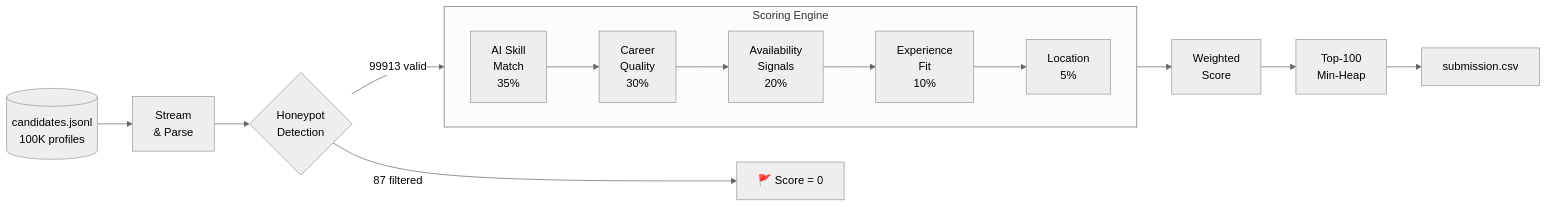
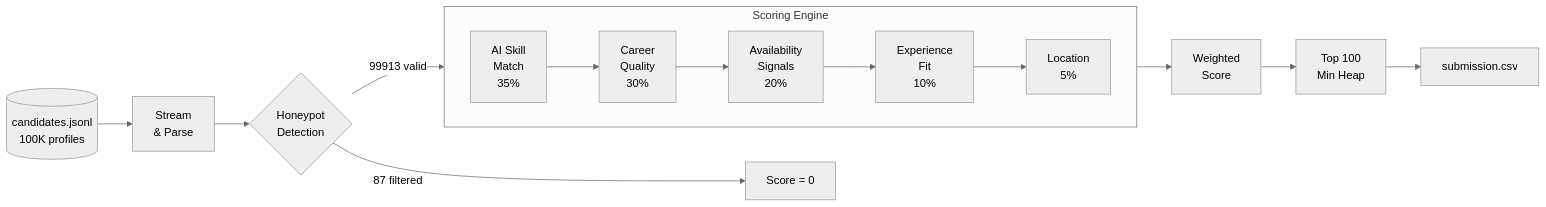
One commit to black1plague2/talentos-submission changed the first of 3 diagrams in README.md. Above: the diagram before and after it, drawn with Mermaid (neutral theme). The commit also changed other lines of this file, not shown here.

````diff
--- a/README.md
+++ b/README.md
@@ -34,19 +25,19 @@
 ```mermaid
 flowchart LR
     A[(candidates.jsonl\n100K profiles)] --> B[Stream\n& Parse]
     B --> C{Honeypot\nDetection}
-    C -- 87 filtered --> D[🚩 Score = 0]
+    C -- 87 filtered --> D[Score = 0]
     C -- 99913 valid --> E
 
     subgraph SCORE [" Scoring Engine "]
         direction LR
         E[AI Skill\nMatch\n35%] --> F[Career\nQuality\n30%]
         F --> G[Availability\nSignals\n20%]
         G --> H[Experience\nFit\n10%]
         H --> I[Location\n5%]
     end
 
     I --> J[Weighted\nScore]
-    J --> K[Top-100\nMin-Heap]
+    J --> K[Top 100\nMin Heap]
     K --> L[submission.csv]
 ```
````
